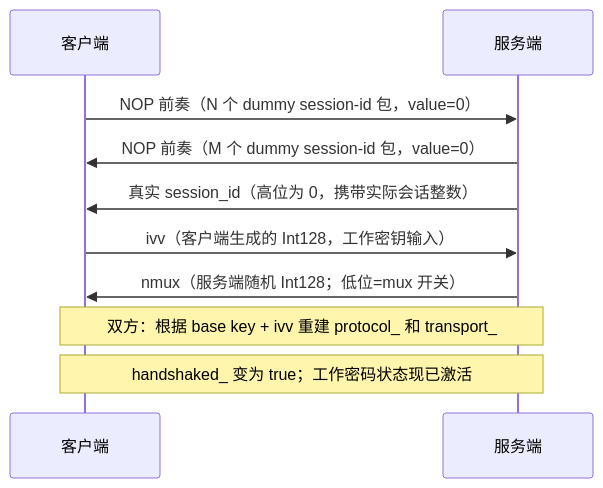
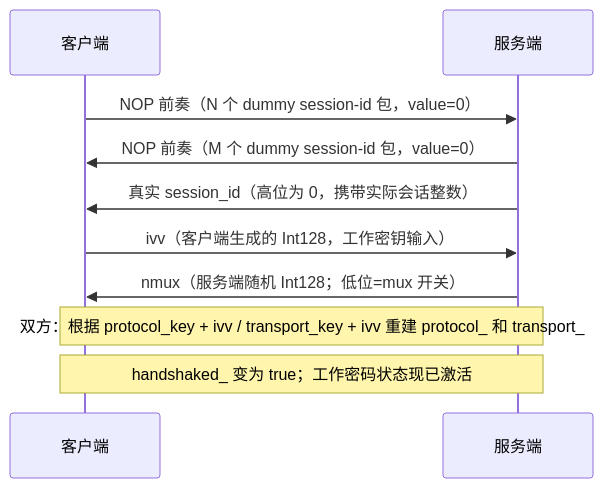
Before and after one commit to HyacinthHaru/openppp2: the second of 10 diagrams in docs/HANDSHAKE_SEQUENCE_CN.md, drawn with Mermaid. The commit also changed other lines of this file and 80 other files, not shown here.

````diff
--- a/docs/HANDSHAKE_SEQUENCE_CN.md
+++ b/docs/HANDSHAKE_SEQUENCE_CN.md
@@ -63,14 +63,14 @@
 ```mermaid
 sequenceDiagram
     participant C as 客户端
     participant S as 服务端
 
     C->>S: NOP 前奏（N 个 dummy session-id 包，value=0）
     S->>C: NOP 前奏（M 个 dummy session-id 包，value=0）
     S->>C: 真实 session_id（高位为 0，携带实际会话整数）
     C->>S: ivv（客户端生成的 Int128，工作密钥输入）
     S->>C: nmux（服务端随机 Int128；低位=mux 开关）
 
-    note over C,S: 双方：根据 base key + ivv 重建 protocol_ 和 transport_
+    note over C,S: 双方：根据 protocol_key + ivv / transport_key + ivv 重建 protocol_ 和 transport_
     note over C,S: handshaked_ 变为 true；工作密码状态现已激活
 ```
````
